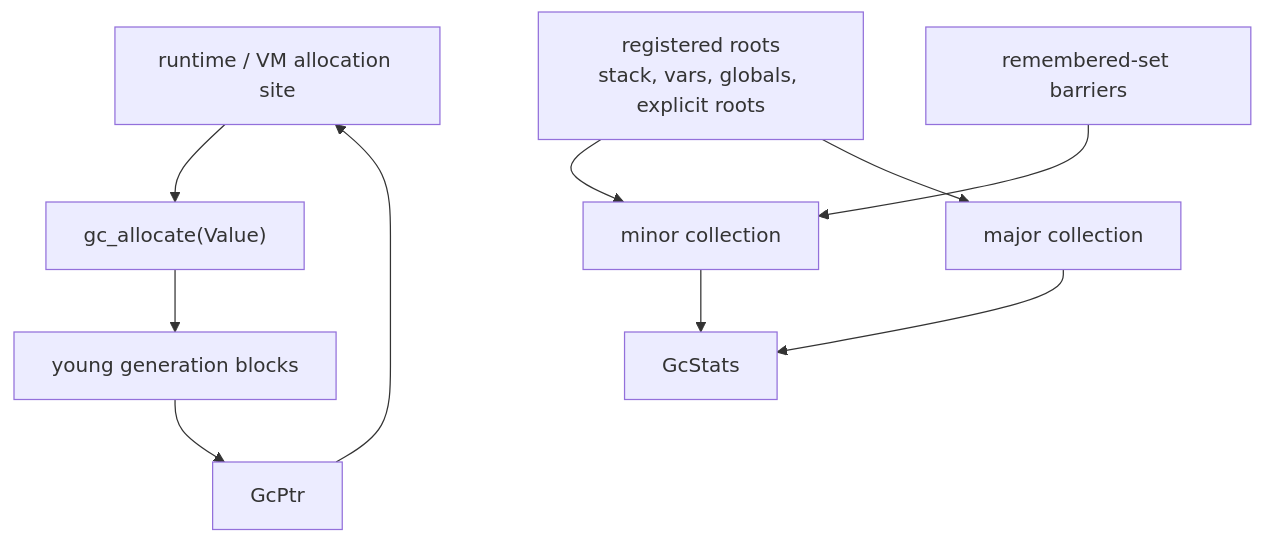
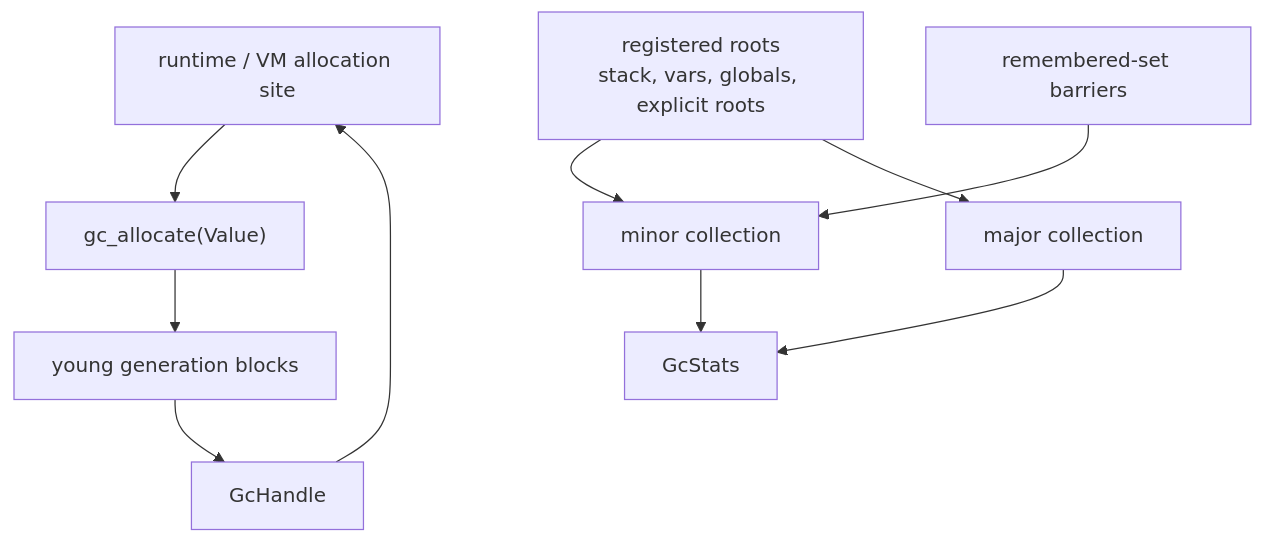
The first of 2 diagrams in docs/gc/index.md (runmat-org/runmat), drawn with Mermaid before and after one commit. The commit also changed other lines of this file and 16 other files, not shown here.

````diff
--- a/docs/gc/index.md
+++ b/docs/gc/index.md
@@ -18,20 +18,20 @@
 ```mermaid
 flowchart TD
   Runtime["runtime / VM allocation site"]
   Allocate["gc_allocate(Value)"]
   Young["young generation blocks"]
-  Ptr["GcPtr<Value>"]
+  Ptr["GcHandle<Value>"]
   Roots["registered roots<br/>stack, vars, globals, explicit roots"]
   Barriers["remembered-set barriers"]
   Minor["minor collection"]
   Major["major collection"]
   Stats["GcStats"]
 
   Runtime --> Allocate --> Young --> Ptr
   Roots --> Minor
   Barriers --> Minor
   Roots --> Major
   Ptr --> Runtime
   Minor --> Stats
   Major --> Stats
 ```
````
